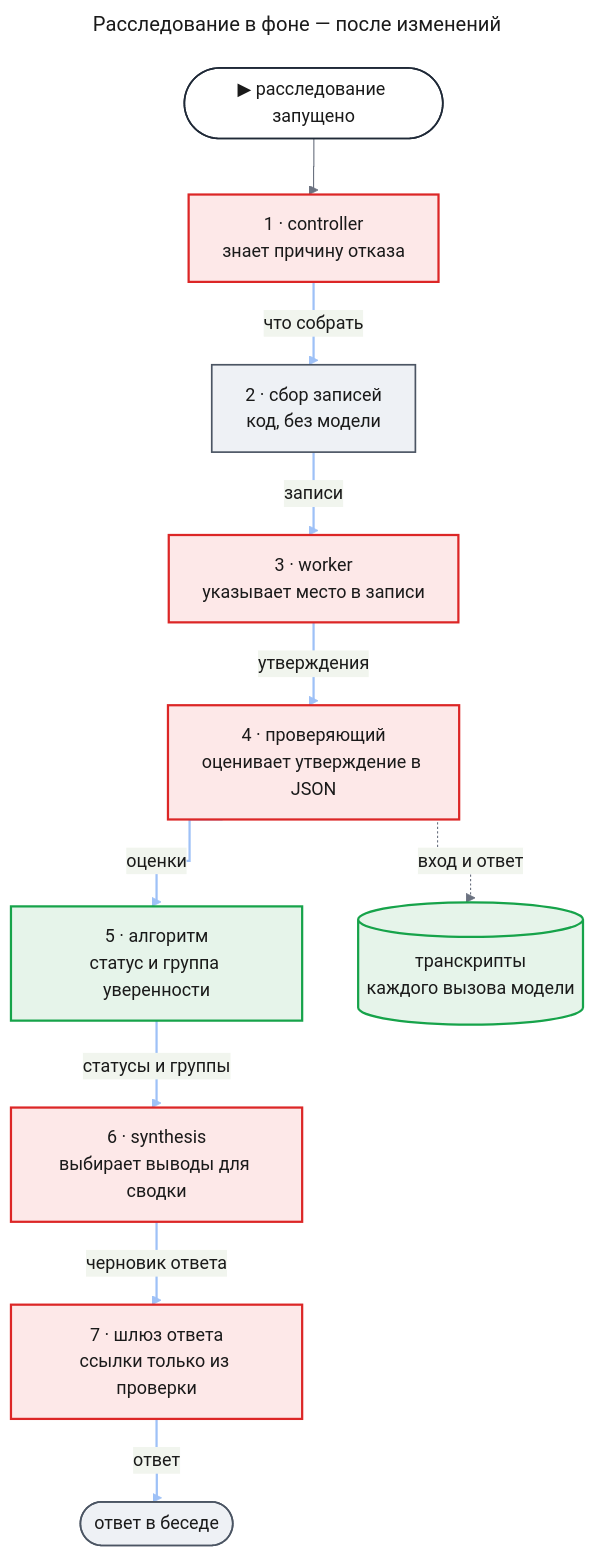
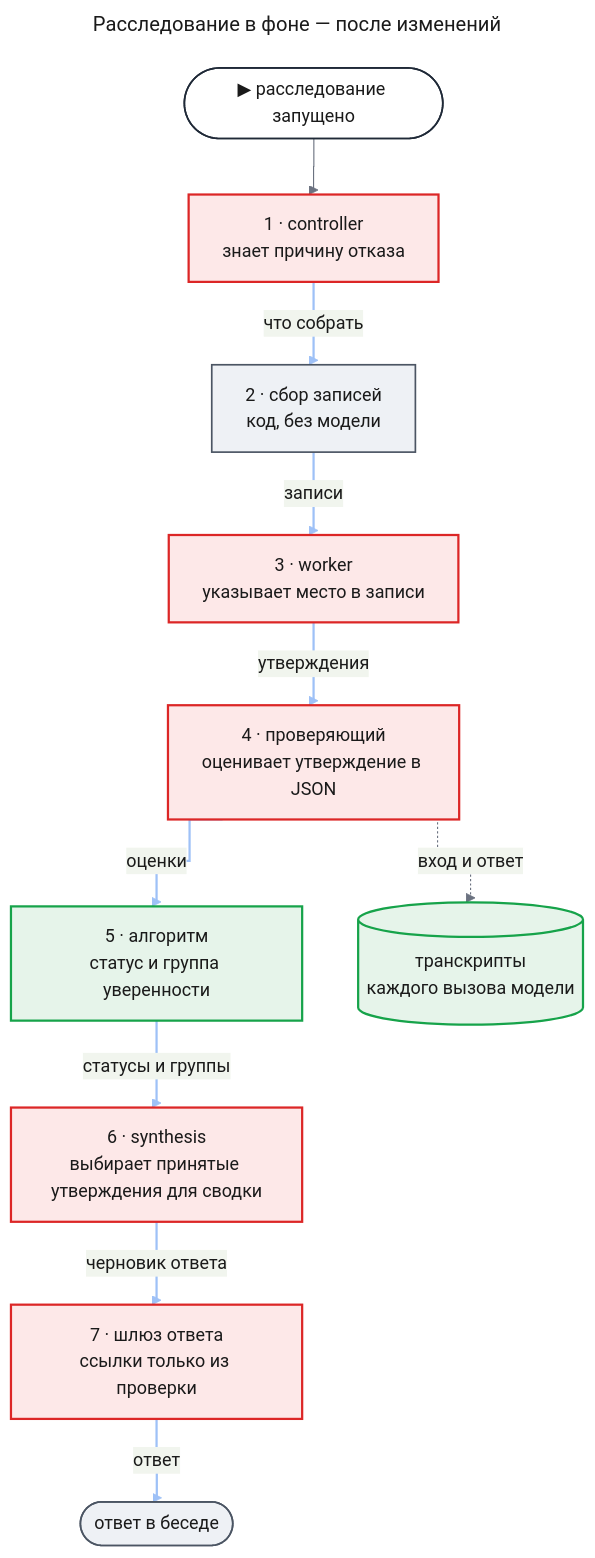
One commit to tundraray/agent-os changed the third of 10 diagrams in docs/features/agent-quality/prd.md. Above: the diagram before and after it, drawn with Mermaid. The commit also changed other lines of this file, not shown here.

````diff
--- a/docs/features/agent-quality/prd.md
+++ b/docs/features/agent-quality/prd.md
@@ -189,59 +189,59 @@
 ```mermaid
 ---
 title: "Расследование в фоне — после изменений"
 config:
   theme: base
   look: classic
   themeVariables:
     primaryColor: "#eef1f5"
     primaryBorderColor: "#4b5563"
     primaryTextColor: "#1a1a1a"
     lineColor: "#6b7280"
   flowchart:
     curve: step
   themeCSS: |
     @keyframes litr_d3{0%,12.8%{stroke:#1d4ed8;stroke-width:6px}14.3%,100%{stroke:#9ec1f7;stroke-width:2px}}
 ---
 flowchart TB
     entry(["▶ расследование запущено"])
     ctl["1 · controller<br/>знает причину отказа"]
     fetch["2 · сбор записей<br/>код, без модели"]
     wrk["3 · worker<br/>указывает место в записи"]
     chk["4 · проверяющий<br/>оценивает утверждение в JSON"]
     alg["5 · алгоритм<br/>статус и группа уверенности"]
-    syn["6 · synthesis<br/>выбирает выводы для сводки"]
+    syn["6 · synthesis<br/>выбирает принятые утверждения для сводки"]
     gw["7 · шлюз ответа<br/>ссылки только из проверки"]
     out(["ответ в беседе"])
     tr[("транскрипты<br/>каждого вызова модели")]
     entry --> ctl
     ctl e1@-->|"что собрать"| fetch
     fetch e2@-->|"записи"| wrk
     wrk e3@-->|"утверждения"| chk
     chk e4@-->|"оценки"| alg
     alg e5@-->|"статусы и группы"| syn
     syn e6@-->|"черновик ответа"| gw
     gw e7@-->|"ответ"| out
     chk -.->|"вход и ответ"| tr
     classDef entry fill:#ffffff,stroke:#1f2937,stroke-width:1.5px,color:#1a1a1a
     classDef changed fill:#fde8e8,stroke:#dc2626,stroke-width:2px,color:#1a1a1a
     classDef new fill:#e6f4ea,stroke:#16a34a,stroke-width:2px,color:#1a1a1a
     classDef unchanged fill:#eef1f5,stroke:#4b5563,stroke-width:1.5px,color:#1a1a1a
     classDef r1 stroke:#9ec1f7,stroke-width:2px,animation:litr_d3 8.4s linear 0s infinite
     classDef r2 stroke:#9ec1f7,stroke-width:2px,animation:litr_d3 8.4s linear 1.2s infinite
     classDef r3 stroke:#9ec1f7,stroke-width:2px,animation:litr_d3 8.4s linear 2.4s infinite
     classDef r4 stroke:#9ec1f7,stroke-width:2px,animation:litr_d3 8.4s linear 3.6s infinite
     classDef r5 stroke:#9ec1f7,stroke-width:2px,animation:litr_d3 8.4s linear 4.8s infinite
     classDef r6 stroke:#9ec1f7,stroke-width:2px,animation:litr_d3 8.4s linear 6s infinite
     classDef r7 stroke:#9ec1f7,stroke-width:2px,animation:litr_d3 8.4s linear 7.2s infinite
     class entry entry
     class ctl,wrk,chk,syn,gw changed
     class alg,tr new
     class fetch,out unchanged
     class e1 r1
     class e2 r2
     class e3 r3
     class e4 r4
     class e5 r5
     class e6 r6
     class e7 r7
 ```
````
